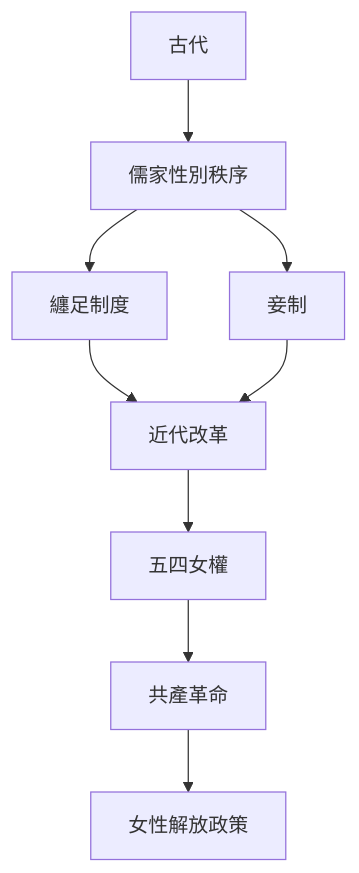
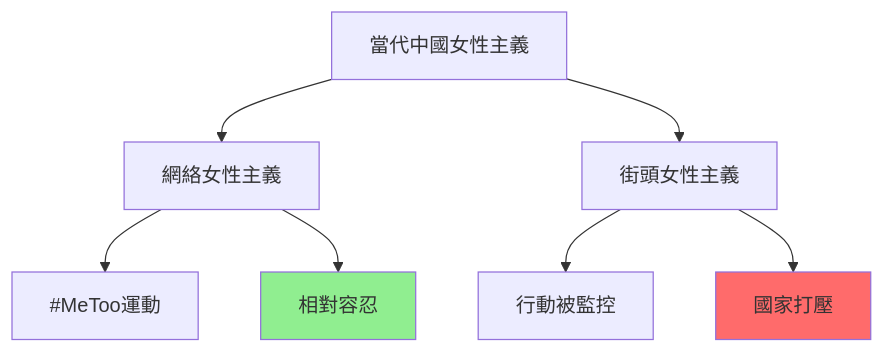
The fifth of 10 diagrams in 01_HKU_Courses/HIST2143_Love_and_loyalty.md (yip-lgtm/HKU-Harvard-History-Self-Study), drawn with Mermaid before and after one commit. The commit also changed other lines of this file and 25 other files, not shown here.

````diff
--- a/01_HKU_Courses/HIST2143_Love_and_loyalty.md
+++ b/01_HKU_Courses/HIST2143_Love_and_loyalty.md
@@ -100,11 +246,11 @@
 ```mermaid
-flowchart TD
-    A[古代] --> B[儒家性別秩序]
-    B --> C[纏足制度]
-    B --> D[妾制]
-    C --> E[近代改革]
-    D --> E
-    E --> F[五四女權]
-    F --> G[共產革命]
-    G --> H[女性解放政策]
+graph TD
+    A["當代中國女性主義"] --> B["網絡女性主義"]
+    A --> C["街頭女性主義"]
+    B --> D["#MeToo運動"]
+    B --> E["相對容忍"]
+    C --> F["行動被監控"]
+    C --> G["國家打壓"]
+    style E fill:#90EE90
+    style G fill:#FF6B6B
 ```
````
